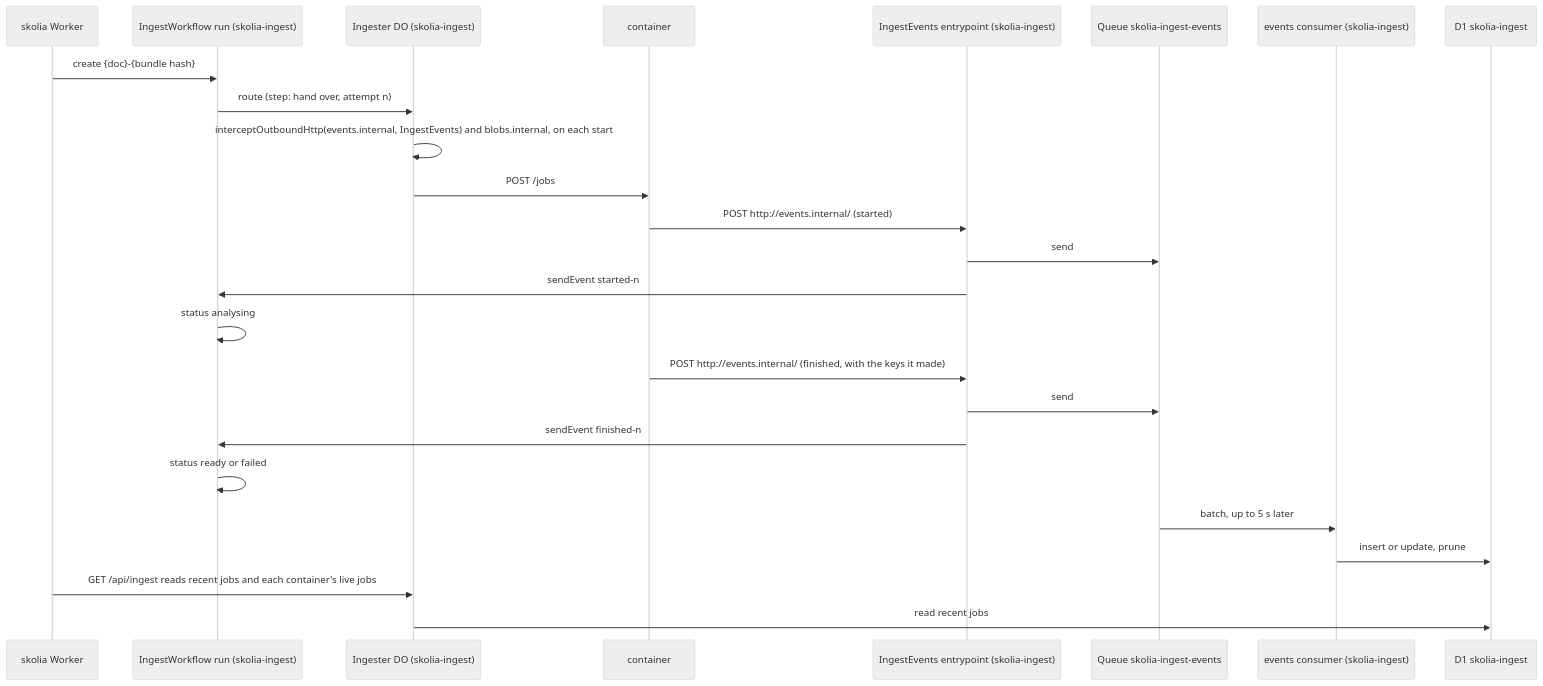
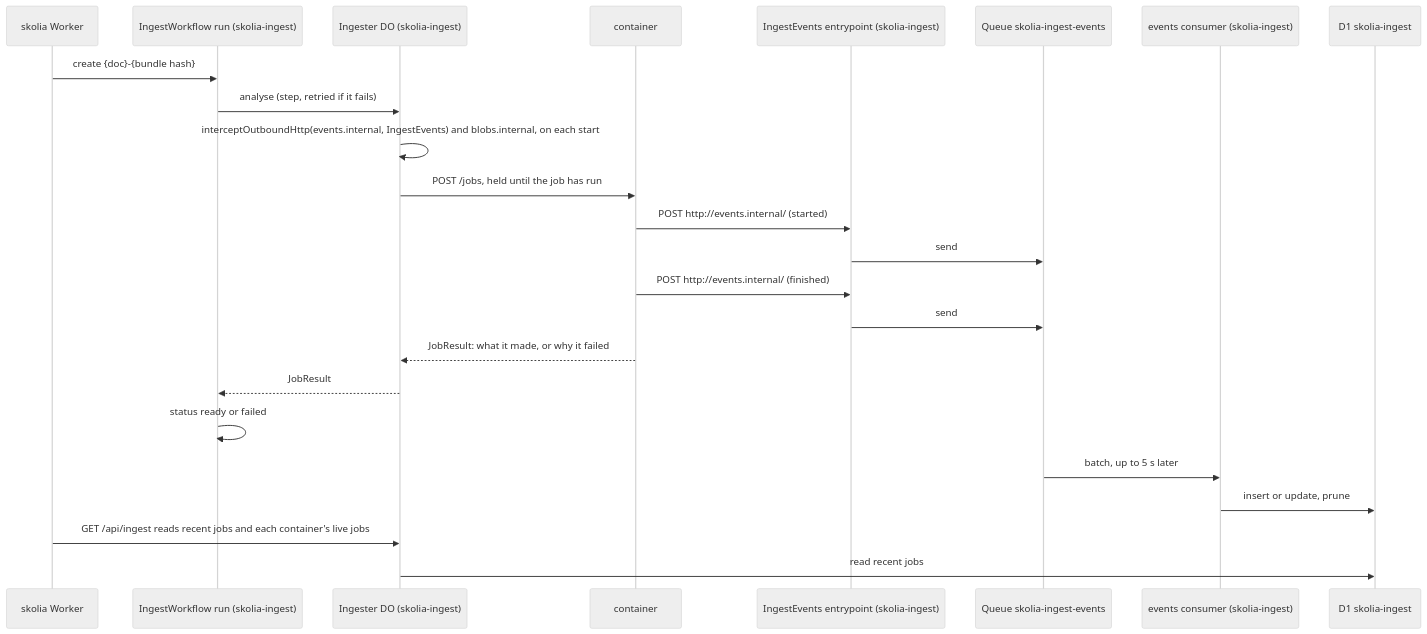
One commit to skolia-io/skolia changed the second of 3 diagrams in ARCHITECTURE.md. Above: the diagram before and after it, drawn with Mermaid (neutral theme). The commit also changed other lines of this file and 19 other files, not shown here.

````diff
--- a/ARCHITECTURE.md
+++ b/ARCHITECTURE.md
@@ -75,27 +74,26 @@
 ```mermaid
 sequenceDiagram
   participant API as skolia Worker
   participant WF as IngestWorkflow run (skolia-ingest)
   participant DO as Ingester DO (skolia-ingest)
   participant C as container
   participant EV as IngestEvents entrypoint (skolia-ingest)
   participant QE as Queue skolia-ingest-events
   participant ECON as events consumer (skolia-ingest)
   participant IDB as D1 skolia-ingest
   API->>WF: create {doc}-{bundle hash}
-  WF->>DO: route (step: hand over, attempt n)
+  WF->>DO: analyse (step, retried if it fails)
   DO->>DO: interceptOutboundHttp(events.internal, IngestEvents) and blobs.internal, on each start
-  DO->>C: POST /jobs
+  DO->>C: POST /jobs, held until the job has run
   C->>EV: POST http://events.internal/ (started)
   EV->>QE: send
-  EV->>WF: sendEvent started-n
-  WF->>WF: status analysing
-  C->>EV: POST http://events.internal/ (finished, with the keys it made)
+  C->>EV: POST http://events.internal/ (finished)
   EV->>QE: send
-  EV->>WF: sendEvent finished-n
+  C-->>DO: JobResult: what it made, or why it failed
+  DO-->>WF: JobResult
   WF->>WF: status ready or failed
   QE->>ECON: batch, up to 5 s later
   ECON->>IDB: insert or update, prune
   API->>DO: GET /api/ingest reads recent jobs and each container's live jobs
   DO->>IDB: read recent jobs
 ```
````
